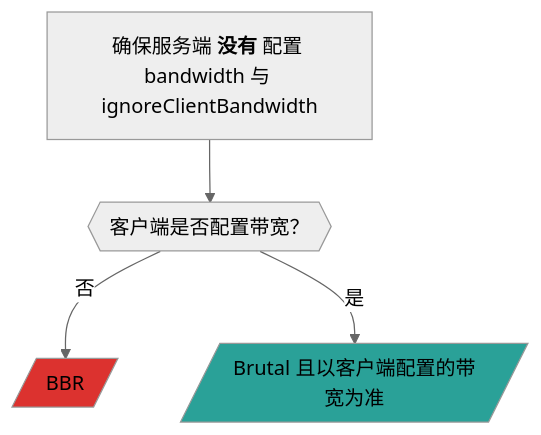
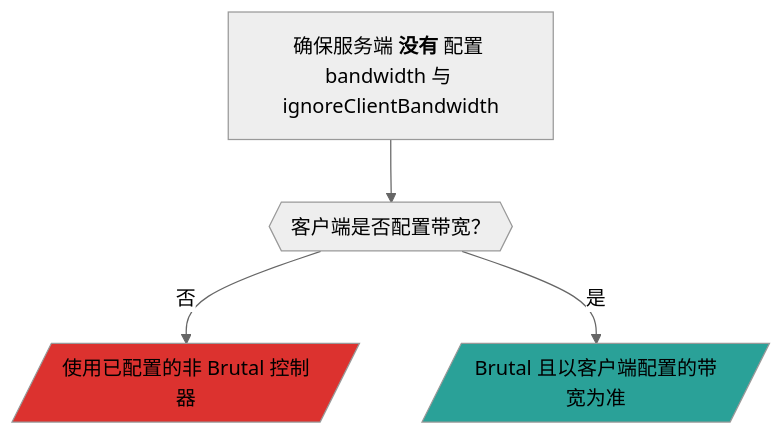
One commit to apernet/hysteria-website changed the second of 2 diagrams in docs/docs/advanced/Full-Server-Config.zh.md. Above: the diagram before and after it, drawn with Mermaid (neutral theme). The commit also changed other lines of this file and 37 other files, not shown here.

````diff
--- a/docs/docs/advanced/Full-Server-Config.zh.md
+++ b/docs/docs/advanced/Full-Server-Config.zh.md
@@ -175,9 +210,9 @@
 ```mermaid
 graph TD;
     S_no_BW["`确保服务端 **没有** 配置 bandwidth 与 ignoreClientBandwidth`"] --> C_has_BW;
-    C_has_BW{{"客户端是否配置带宽？"}} -- "否" --> BBR[/"BBR"/];
+    C_has_BW{{"客户端是否配置带宽？"}} -- "否" --> NonBrutal[/"使用已配置的非 Brutal 控制器"/];
     C_has_BW -- "是" -->  Brutal_C[/"Brutal 且以客户端配置的带宽为准"/];
 
-    style BBR fill:#dc322f;
+    style NonBrutal fill:#dc322f;
     style Brutal_C fill:#2aa198;
 ```
````
